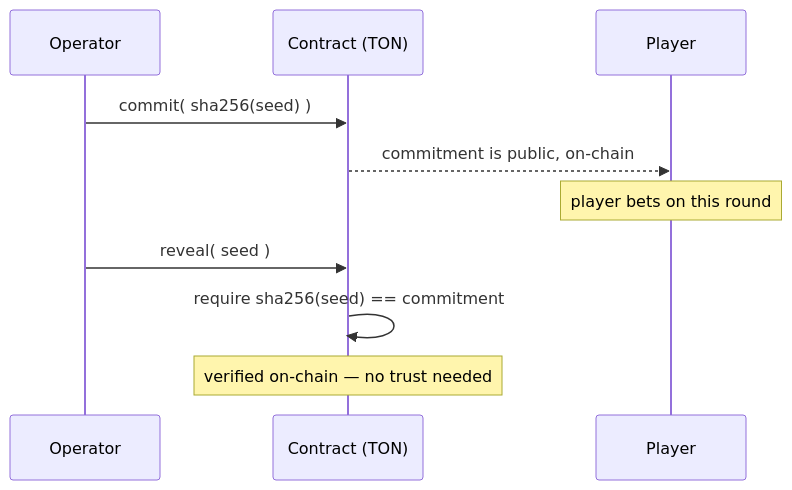
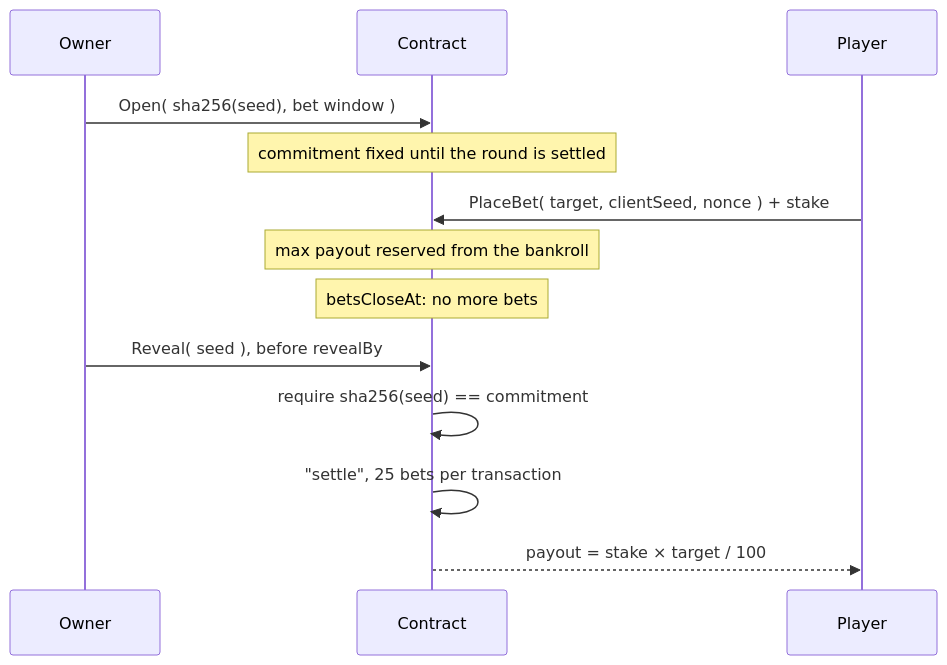
Before and after one commit to vladslugin/ton-abyss: the diagram in README.md, drawn with Mermaid. The commit also changed other lines of this file and 9 other files, not shown here.

First line of the commit message:
Make the commitment binding and settle any number of bets

````diff
--- a/README.md
+++ b/README.md
@@ -18,12 +17,15 @@
 ```mermaid
 sequenceDiagram
-    participant O as Operator
-    participant C as Contract (TON)
+    participant O as Owner
+    participant C as Contract
     participant P as Player
-    O->>C: commit( sha256(seed) )
-    C-->>P: commitment is public, on-chain
-    Note over P: player bets on this round
-    O->>C: reveal( seed )
+    O->>C: Open( sha256(seed), bet window )
+    Note over C: commitment fixed until the round is settled
+    P->>C: PlaceBet( target, clientSeed, nonce ) + stake
+    Note over C: max payout reserved from the bankroll
+    Note over C: betsCloseAt: no more bets
+    O->>C: Reveal( seed ), before revealBy
     C->>C: require sha256(seed) == commitment
-    Note over C: verified on-chain — no trust needed
+    C->>C: "settle", 25 bets per transaction
+    C-->>P: payout = stake × target / 100
 ```
````
